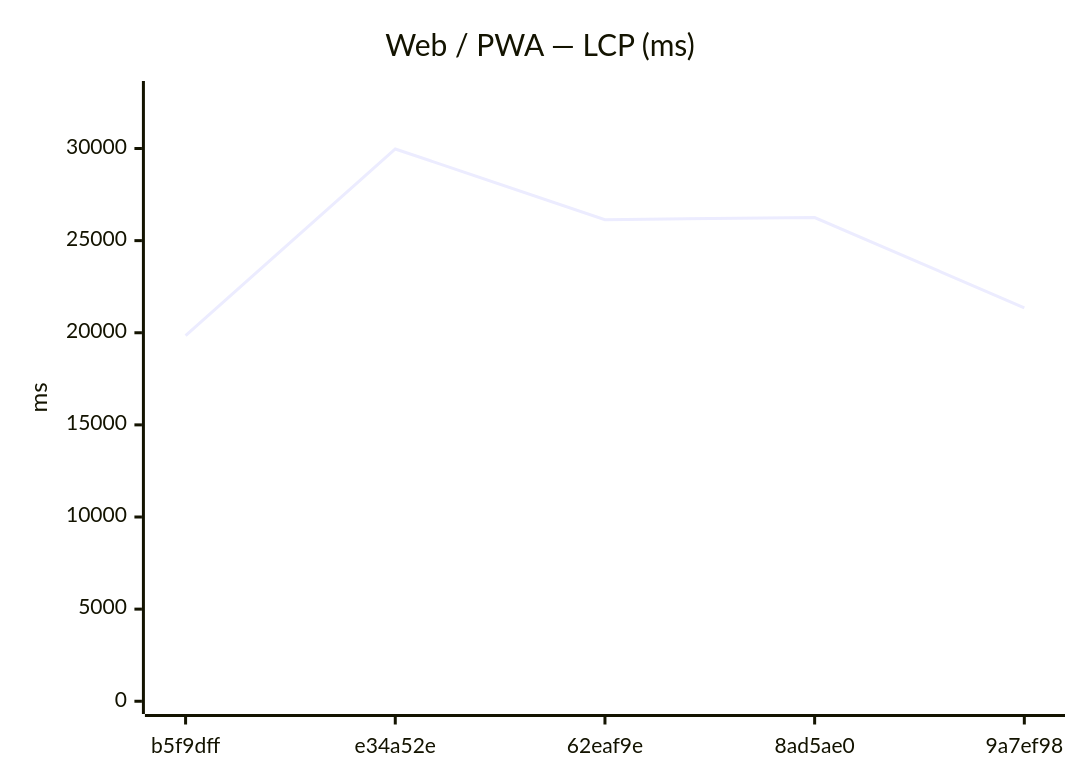
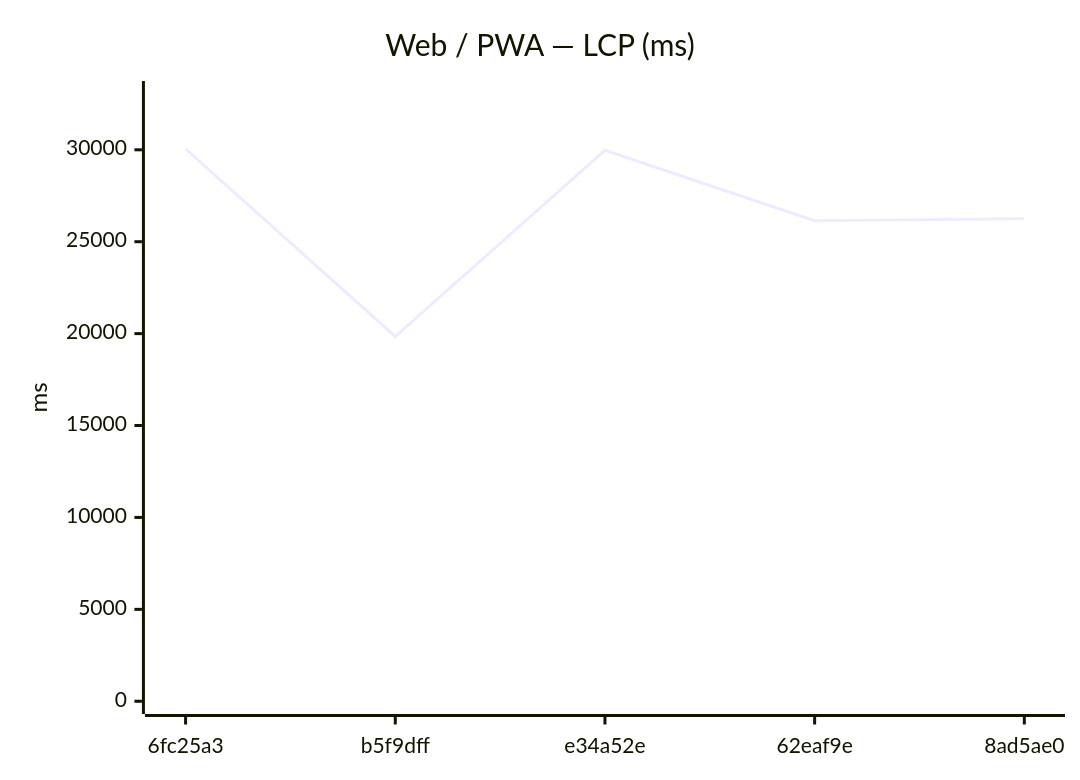
One commit to Metaheurist/Rianell changed the fifth of 12 diagrams in benchmarks/compare.md. Above: the diagram before and after it, drawn with Mermaid. The commit also changed other lines of this file and 8 other files, not shown here.

````diff
--- a/benchmarks/compare.md
+++ b/benchmarks/compare.md
@@ -82,7 +82,7 @@
 ```mermaid
 xychart-beta
     title "Web / PWA — LCP (ms)"
-    x-axis ["b5f9dff", "e34a52e", "62eaf9e", "8ad5ae0", "9a7ef98"]
-    y-axis "ms" 0 --> 32972
-    line [19849, 29974, 26139, 26251, 21355]
+    x-axis ["6fc25a3", "b5f9dff", "e34a52e", "62eaf9e", "8ad5ae0"]
+    y-axis "ms" 0 --> 33049
+    line [30044, 19849, 29974, 26139, 26251]
 ```
````
